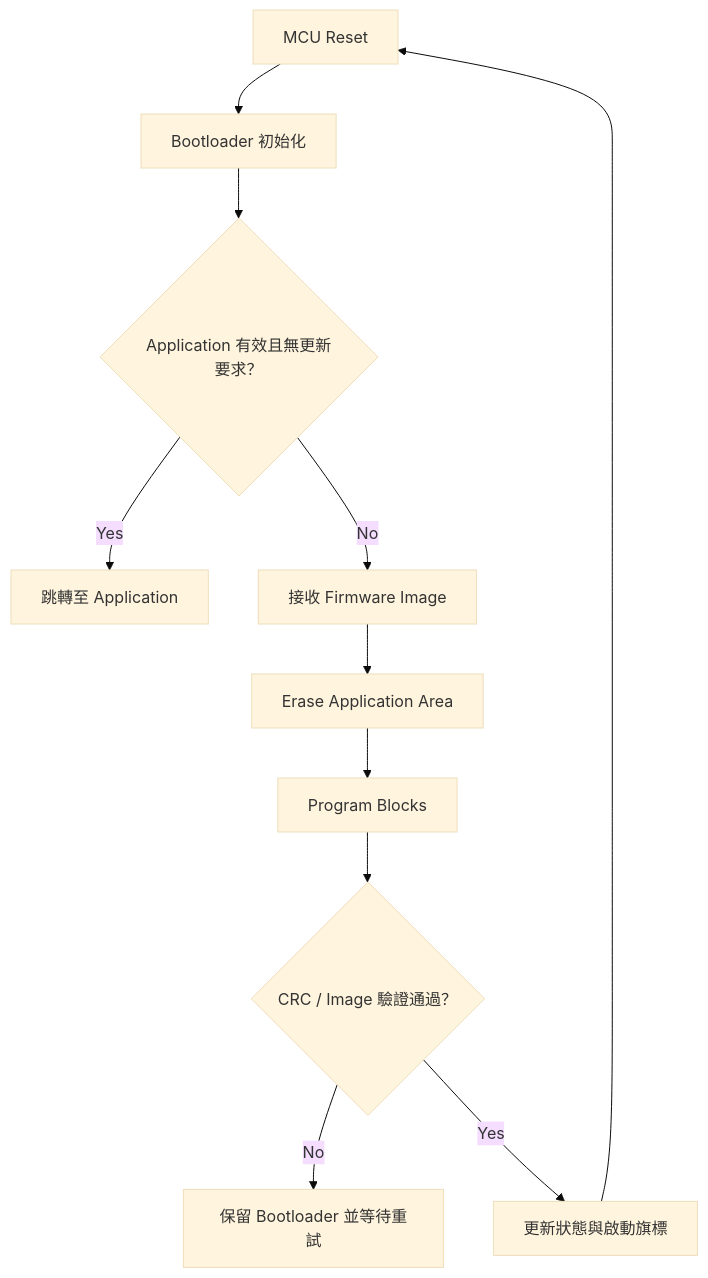
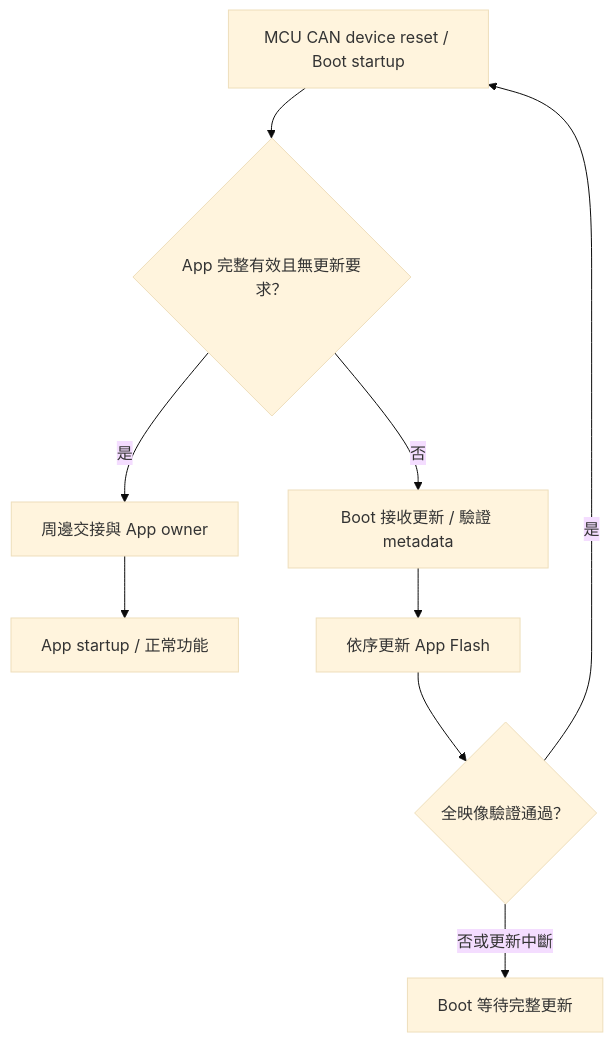
One commit to released/slide_boot_loader_for_RL78 changed the eighth of 8 diagrams in index.md. Above: the diagram before and after it, drawn with Mermaid (base theme). The commit also changed other lines of this file and 1 other file, not shown here.

````diff
--- a/index.md
+++ b/index.md
@@ -1515,13 +742,11 @@
 ```mermaid
 flowchart TD
-    RESET["MCU Reset"] --> BOOT["Bootloader 初始化"]
-    BOOT --> CHECK{"Application 有效且無更新要求？"}
-    CHECK -->|Yes| APP["跳轉至 Application"]
-    CHECK -->|No| RECEIVE["接收 Firmware Image"]
-    RECEIVE --> ERASE["Erase Application Area"]
-    ERASE --> PROGRAM["Program Blocks"]
-    PROGRAM --> VERIFY{"CRC / Image 驗證通過？"}
-    VERIFY -->|No| RECOVERY["保留 Bootloader 並等待重試"]
-    VERIFY -->|Yes| FLAG["更新狀態與啟動旗標"]
-    FLAG --> RESET
+    RESET["MCU CAN device reset / Boot startup"] --> CHECK{"App 完整有效且無更新要求？"}
+    CHECK -->|是| HAND["周邊交接與 App owner"]
+    HAND --> APP["App startup / 正常功能"]
+    CHECK -->|否| UPDATE["Boot 接收更新 / 驗證 metadata"]
+    UPDATE --> FLASH["依序更新 App Flash"]
+    FLASH --> END{"全映像驗證通過？"}
+    END -->|否或更新中斷| RECOVERY["Boot 等待完整更新"]
+    END -->|是| RESET
 ```
````
